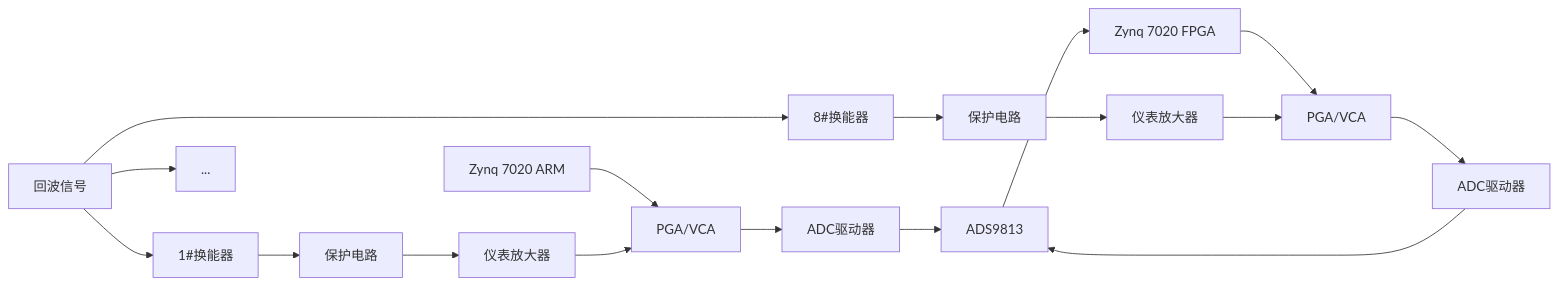
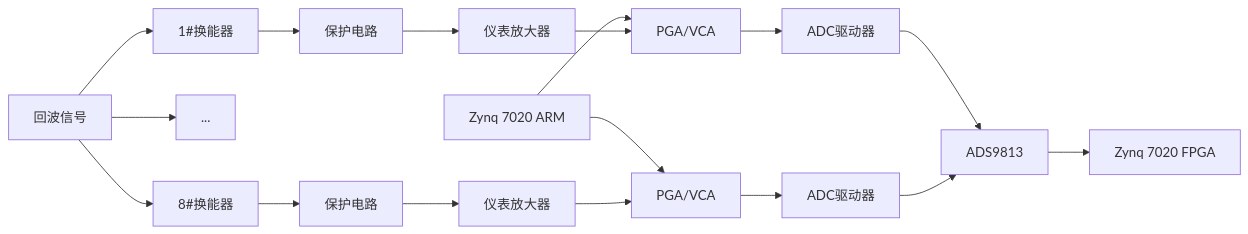
One commit to Rukawa15/iodraw-files changed the diagram in all/同步采集.md. Above: the diagram before and after it, drawn with Mermaid.

Commit message:
2025-06-19 14:39:38 update

````diff
--- a/all/同步采集.md
+++ b/all/同步采集.md
@@ -1,27 +1,29 @@
 ```mermaid
 graph LR
 A[回波信号]
 A --> B1[1#换能器]
 A --> ...
 A --> B8[8#换能器]
 
 B1 --> C1[保护电路]
 B8 --> C8[保护电路]
 
 C1 --> D1[仪表放大器]
 C8 --> D8[仪表放大器]
+
 I[Zynq 7020 ARM] --> E1
-H[Zynq 7020 ARM] --> E8
+I[Zynq 7020 ARM] --> E8
+
 D1 --> E1[PGA/VCA]
 D8 --> E8[PGA/VCA]
 
 E1 --> F1[ADC驱动器]
 E8 --> F8[ADC驱动器]
 
 F1 --> G[ADS9813]
 F8 --> G[ADS9813]
 
 G --> H[Zynq 7020 FPGA]
 
 
 ```
````
